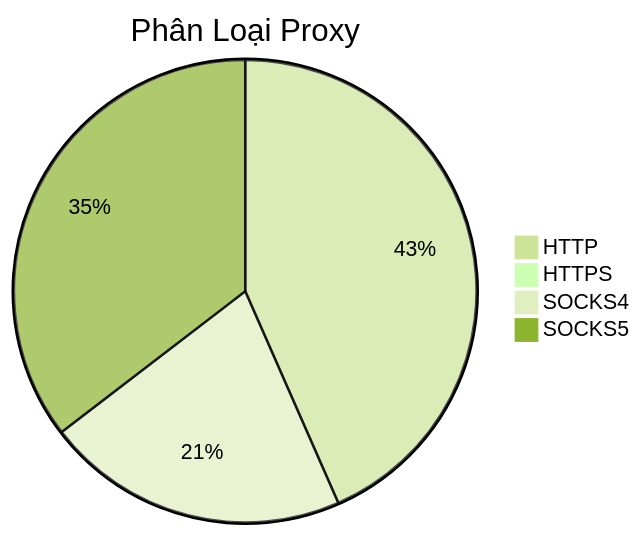
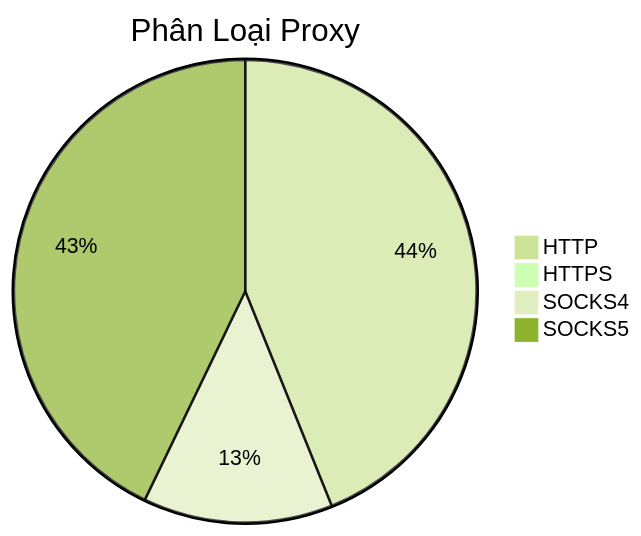
One commit to Ciara-Aa/PROXY-free changed the diagram in README.md. Above: the diagram before and after it, drawn with Mermaid (forest theme). The commit also changed other lines of this file and 4 other files, not shown here.

````diff
--- a/README.md
+++ b/README.md
@@ -26,7 +26,7 @@
 ```mermaid
 pie title Phân Loại Proxy
-    "HTTP" : 293
+    "HTTP" : 252
     "HTTPS" : 4
-    "SOCKS4" : 143
-    "SOCKS5" : 239
+    "SOCKS4" : 76
+    "SOCKS5" : 246
 ```
````
